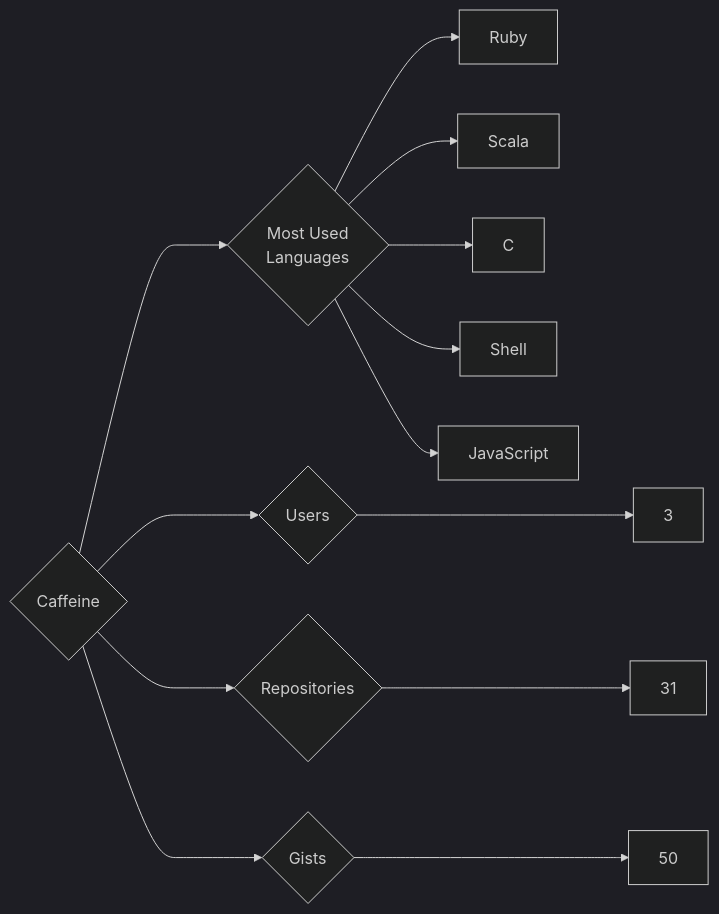
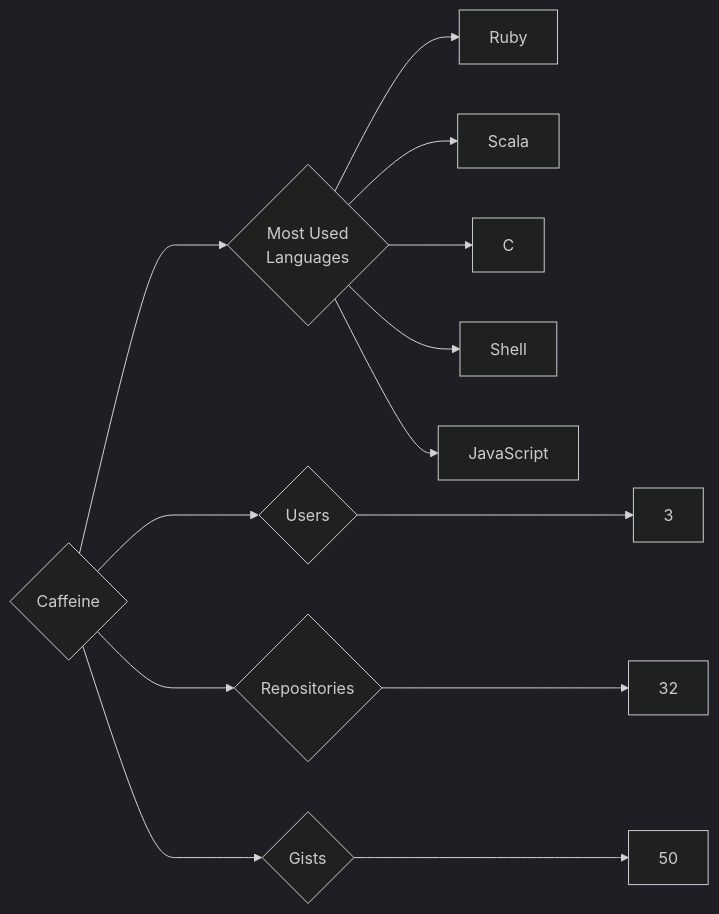
Before and after one commit to trickest/insiders: the diagram in targets/Caffeine/README.md, drawn with Mermaid (dark theme). The commit also changed 988 other files, not shown here.

````diff
--- a/targets/Caffeine/README.md
+++ b/targets/Caffeine/README.md
@@ -3,13 +3,13 @@
 ```mermaid
 graph LR
 COMPANY_NAME{Caffeine}
 COMPANY_NAME ---> U{Users} ---> UN[3]
-COMPANY_NAME ---> R{Repositories} ---> RN[31]
+COMPANY_NAME ---> R{Repositories} ---> RN[32]
 COMPANY_NAME ---> G{Gists} ---> GN[50]
 COMPANY_NAME ---> ML{Most Used<br>Languages}
 ML --> Ruby[Ruby]
 ML --> Scala[Scala]
 ML --> C[C]
 ML --> Shell[Shell]
 ML --> JavaScript[JavaScript]
 ```
````
